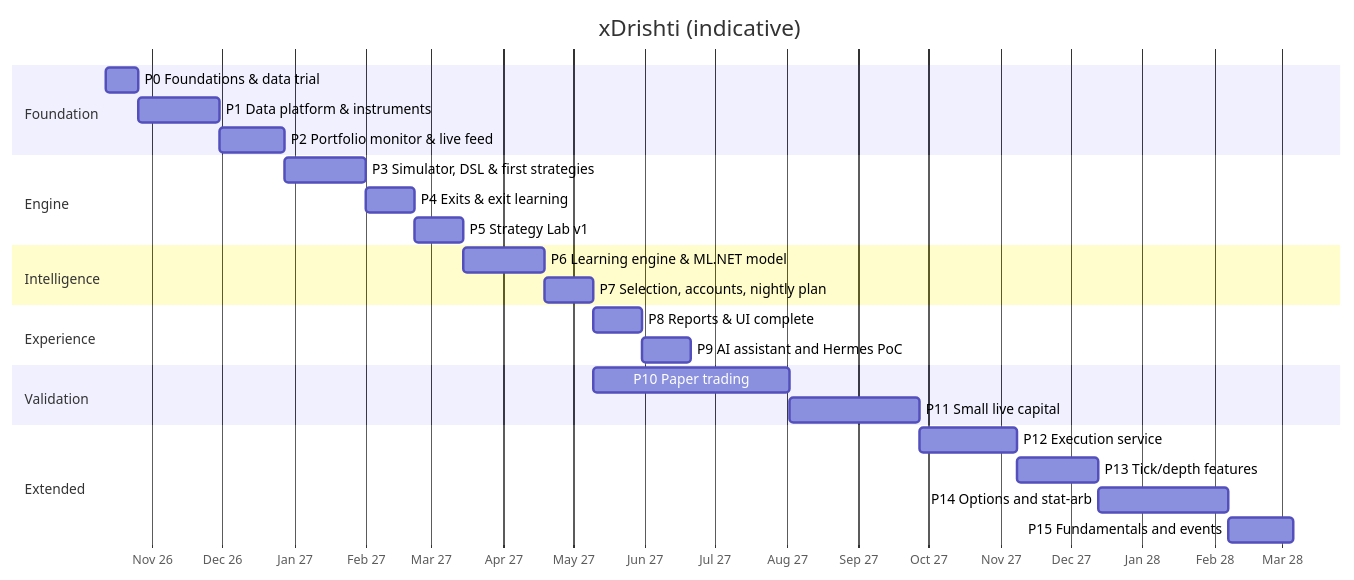
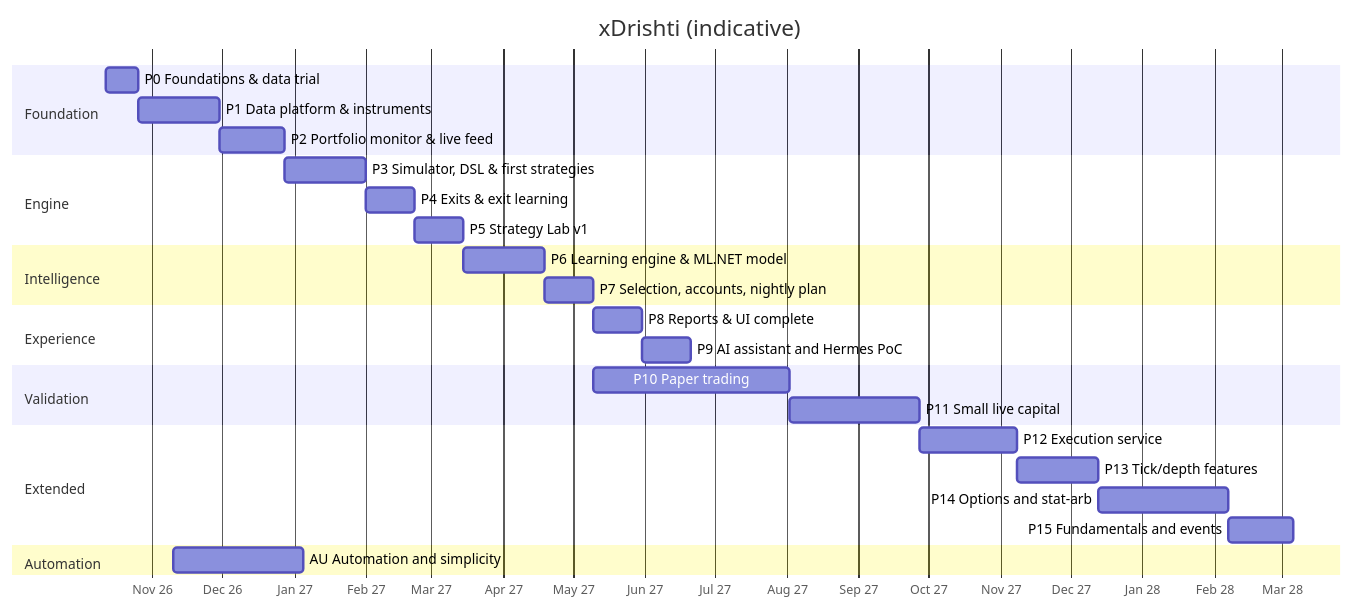
The diagram in docs/design/18-roadmap.md (hemsingh81/xDrishti), drawn with Mermaid before and after one commit. The commit also changed other lines of this file and 31 other files, not shown here.

First line of the commit message:
AU programme: plan, 19 slice specs, ADRs 0240-0244, roadmap rows and stale status fixes

````diff
--- a/docs/design/18-roadmap.md
+++ b/docs/design/18-roadmap.md
@@ -6,28 +6,30 @@
 ```mermaid
 gantt
     dateFormat  YYYY-MM-DD
     axisFormat  %b %y
     title xDrishti (indicative)
     section Foundation
     P0 Foundations & data trial          :p0, 2026-10-12, 2w
     P1 Data platform & instruments       :p1, after p0, 5w
     P2 Portfolio monitor & live feed     :p2, after p1, 4w
     section Engine
     P3 Simulator, DSL & first strategies :p3, after p2, 5w
     P4 Exits & exit learning             :p4, after p3, 3w
     P5 Strategy Lab v1                   :p5, after p4, 3w
     section Intelligence
     P6 Learning engine & ML.NET model    :p6, after p5, 5w
     P7 Selection, accounts, nightly plan :p7, after p6, 3w
     section Experience
     P8 Reports & UI complete             :p8, after p7, 3w
     P9 AI assistant and Hermes PoC       :p9, after p8, 3w
     section Validation
     P10 Paper trading                    :p10, after p7, 12w
     P11 Small live capital               :p11, after p10, 8w
     section Extended
     P12 Execution service                :p12, after p11, 6w
     P13 Tick/depth features              :p13, after p12, 5w
     P14 Options and stat-arb             :p14, after p13, 8w
     P15 Fundamentals and events          :p15, after p14, 4w
+    section Automation
+    AU Automation and simplicity         :au, 2026-11-10, 8w
 ```
````
